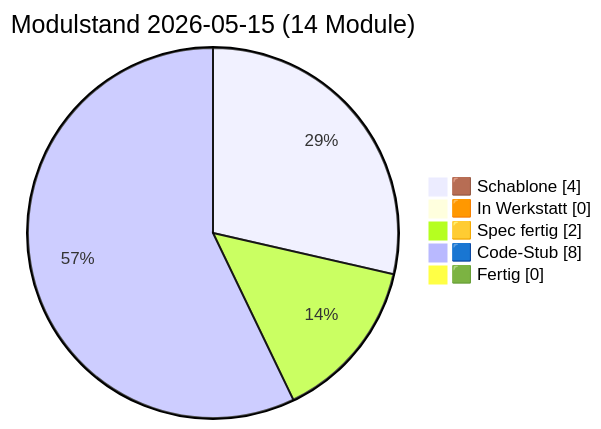
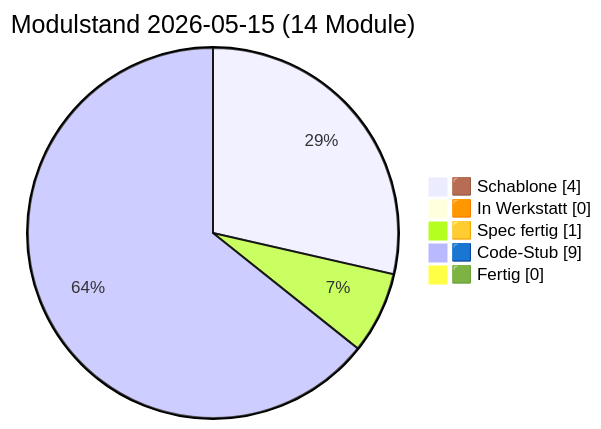
The diagram in docs/PULS.md (lausiklauskn-png/Sage-Protokol), drawn with Mermaid before and after one commit. The commit also changed other lines of this file and 6 other files, not shown here.

````diff
--- a/docs/PULS.md
+++ b/docs/PULS.md
@@ -16,9 +16,9 @@
 ```mermaid
 pie showData
   title Modulstand 2026-05-15 (14 Module)
   "🟫 Schablone" : 4
   "🟧 In Werkstatt" : 0
-  "🟨 Spec fertig" : 2
-  "🟦 Code-Stub" : 8
+  "🟨 Spec fertig" : 1
+  "🟦 Code-Stub" : 9
   "🟩 Fertig" : 0
 ```
````
